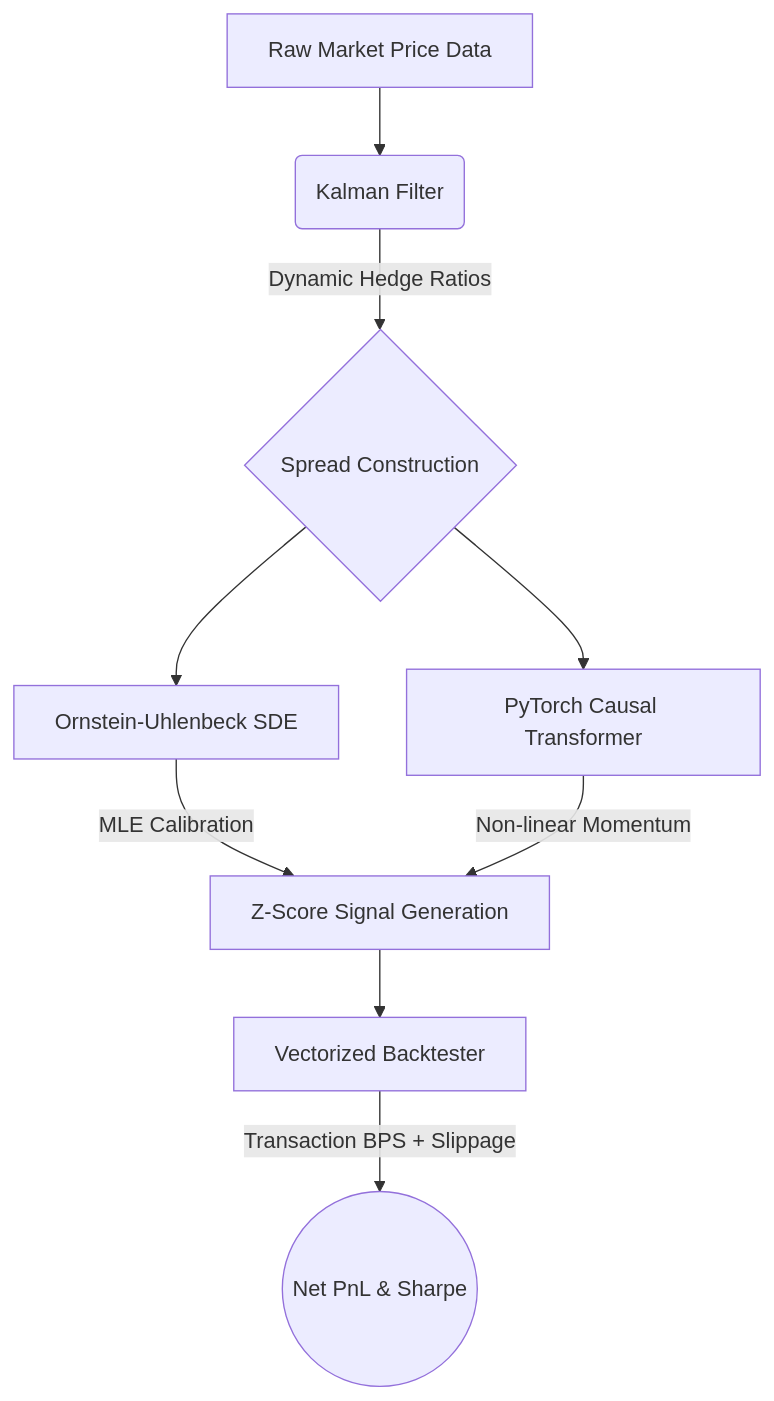
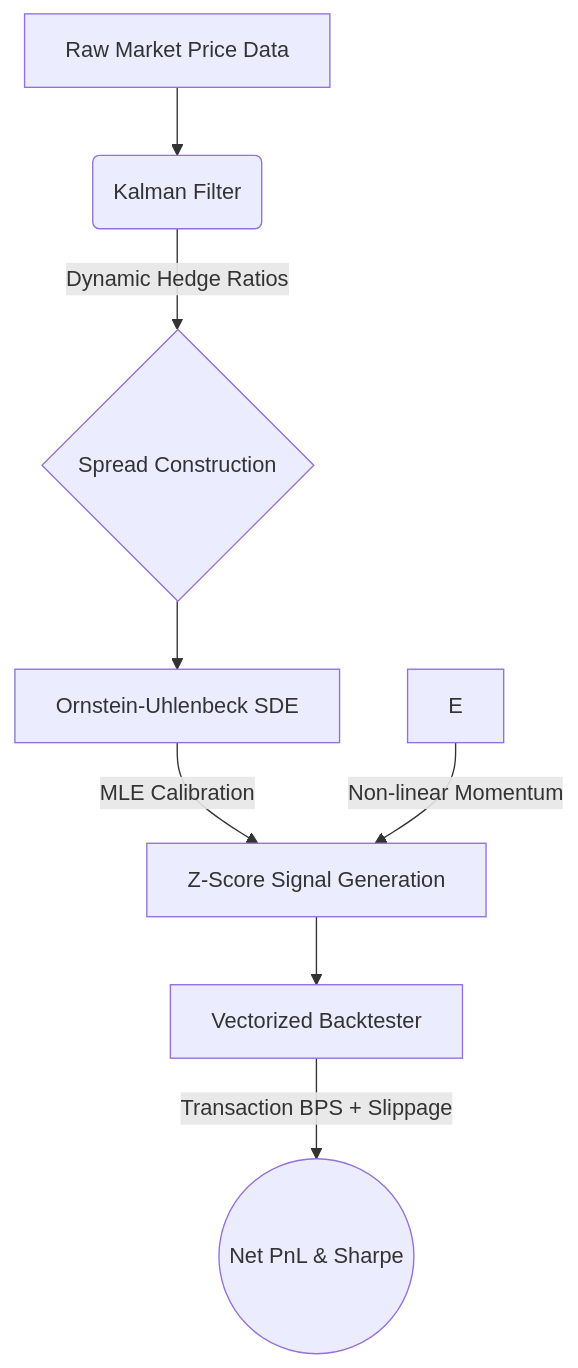
The diagram in README.md (abhibm9602-cyber/StatArbEngine), drawn with Mermaid before and after one commit. The commit also changed other lines of this file and 4 other files, not shown here.

````diff
--- a/README.md
+++ b/README.md
@@ -20,11 +11,10 @@
 ```mermaid
 flowchart TD
     A[Raw Market Price Data] --> B(Kalman Filter)
     B -->|Dynamic Hedge Ratios| C{Spread Construction}
     C --> D[Ornstein-Uhlenbeck SDE]
-    C --> E[PyTorch Causal Transformer]
     D -->|MLE Calibration| F[Z-Score Signal Generation]
     E -->|Non-linear Momentum| F
     F --> G[Vectorized Backtester]
     G -->|Transaction BPS + Slippage| H((Net PnL & Sharpe))
 ```
````
